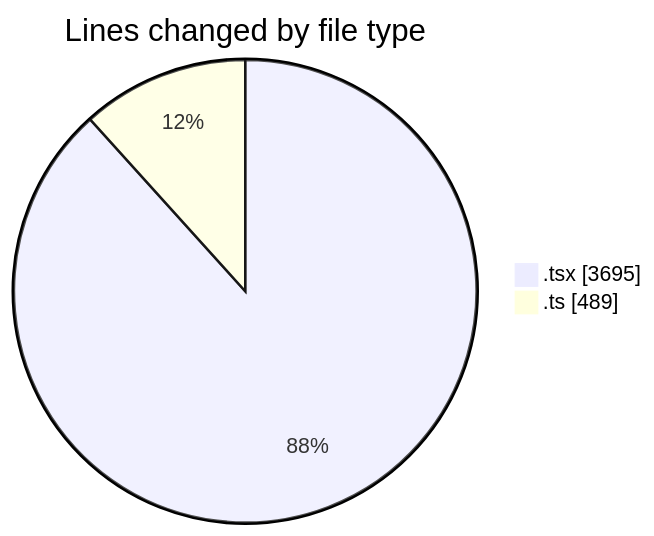
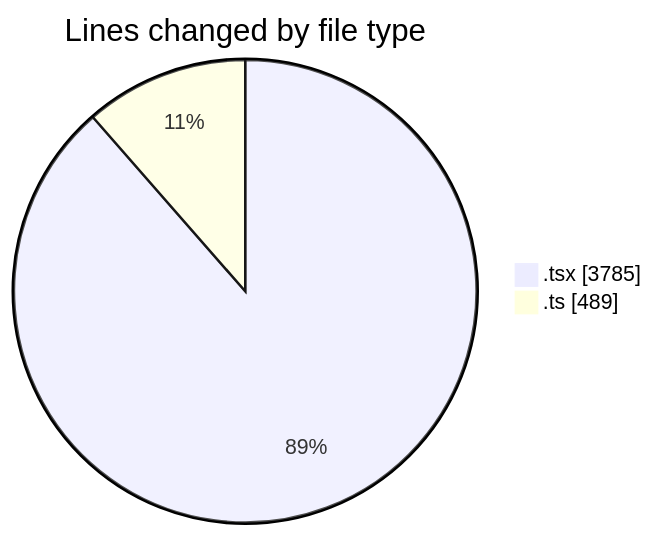
Before and after one commit to nxtqubesakshisongat/code-tracking: the first of 2 diagrams in 2026-03-31/nxtqube_webapp/README.md, drawn with Mermaid. The commit also changed other lines of this file and 1 other file, not shown here.

````diff
--- a/2026-03-31/nxtqube_webapp/README.md
+++ b/2026-03-31/nxtqube_webapp/README.md
@@ -23,6 +23,6 @@
 ```mermaid
 pie showData
 title Lines changed by file type
-".tsx" : 3695
+".tsx" : 3785
 ".ts" : 489
 ```
````
